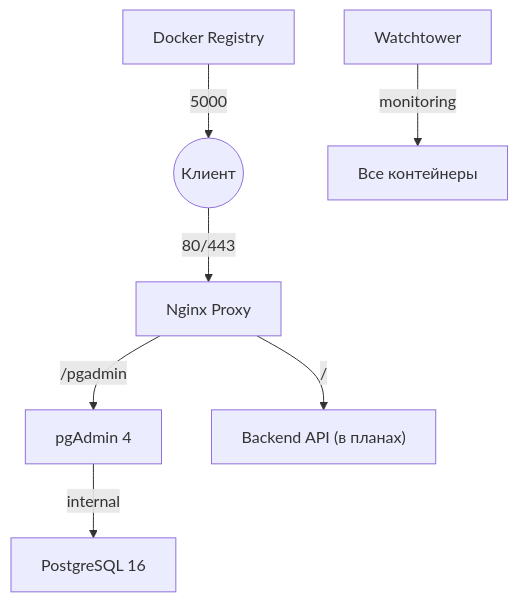
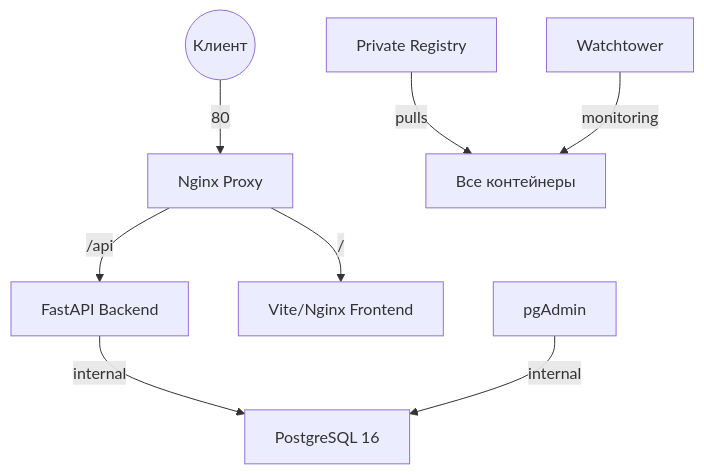
One commit to yuriy5mol/business-test changed the diagram in README.md. Above: the diagram before and after it, drawn with Mermaid. The commit also changed other lines of this file and 30 other files, not shown here.

Commit message:
feat: initialize project structure with Vite frontend and FastAPI backend scaffolding

````diff
--- a/README.md
+++ b/README.md
@@ -9,9 +9,10 @@
 ```mermaid
 graph TD
-    Client((Клиент)) -- 80/443 --> Nginx[Nginx Proxy]
-    Nginx -- /pgadmin --> pgAdmin[pgAdmin 4]
-    Nginx -- / --> Backend["Backend API (в планах)"]
-    pgAdmin -- internal --> Postgres[PostgreSQL 16]
-    Registry[Docker Registry] -- 5000 --> Client
-    Watchtower[Watchtower] -- monitoring --> AllContainers[Все контейнеры]
+    Client((Клиент)) -- 80 --> Nginx[Nginx Proxy]
+    Nginx -- /api --> Backend[FastAPI Backend]
+    Nginx -- / --> Frontend[Vite/Nginx Frontend]
+    Backend -- internal --> Postgres[PostgreSQL 16]
+    pgAdmin -- internal --> Postgres
+    Registry[Private Registry] -- pulls --> AllContainers[Все контейнеры]
+    Watchtower[Watchtower] -- monitoring --> AllContainers
 ```
````
